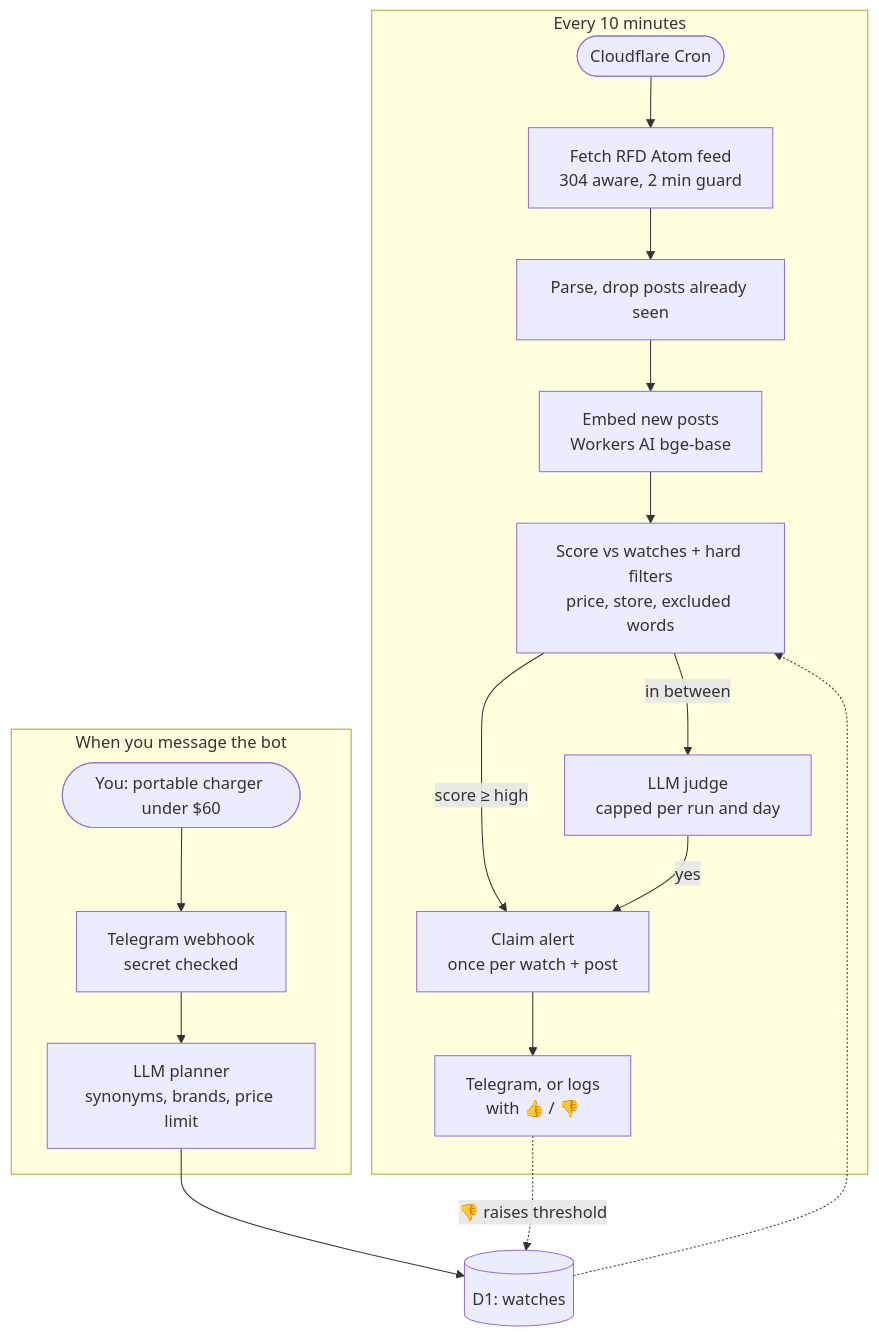
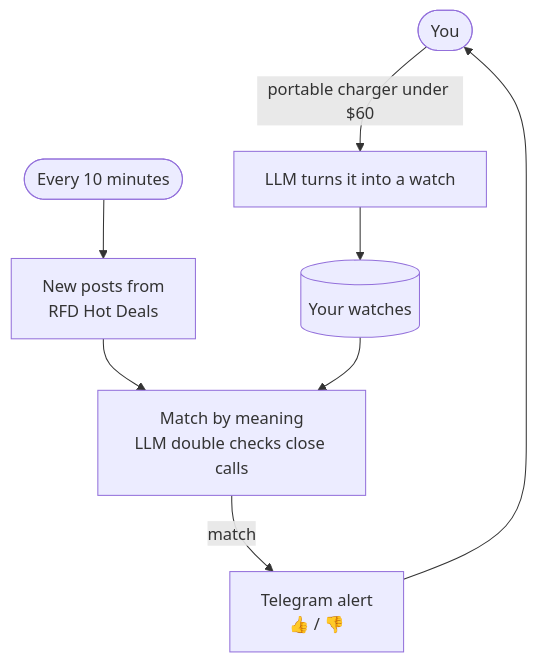
One commit to Sajeevan2006/deal-scout changed the first of 2 diagrams in README.md. Above: the diagram before and after it, drawn with Mermaid. The commit also changed other lines of this file and 1 other file, not shown here.

Commit message:
Simplify README diagrams

````diff
--- a/README.md
+++ b/README.md
@@ -26,22 +26,10 @@
 ```mermaid
 flowchart TD
-  subgraph check["Every 10 minutes"]
-    cron(["Cloudflare Cron"]) --> fetch["Fetch RFD Atom feed<br/>304 aware, 2 min guard"]
-    fetch --> parse["Parse, drop posts already seen"]
-    parse --> embed["Embed new posts<br/>Workers AI bge-base"]
-    embed --> score["Score vs watches + hard filters<br/>price, store, excluded words"]
-    score -->|"score ≥ high"| alert["Claim alert<br/>once per watch + post"]
-    score -->|"in between"| judge["LLM judge<br/>capped per run and day"]
-    judge -->|yes| alert
-    alert --> notify["Telegram, or logs<br/>with 👍 / 👎"]
-  end
-
-  subgraph ask["When you message the bot"]
-    you(["You: portable charger under $60"]) --> hook["Telegram webhook<br/>secret checked"]
-    hook --> planner["LLM planner<br/>synonyms, brands, price limit"]
-  end
-
-  planner --> watches[("D1: watches")]
-  watches -.-> score
-  notify -.->|"👎 raises threshold"| watches
+  you(["You"]) -->|"portable charger under $60"| planner["LLM turns it into a watch"]
+  planner --> watches[("Your watches")]
+  cron(["Every 10 minutes"]) --> feed["New posts from<br/>RFD Hot Deals"]
+  feed --> match["Match by meaning<br/>LLM double checks close calls"]
+  watches --> match
+  match -->|"match"| alert["Telegram alert<br/>👍 / 👎"]
+  alert --> you
 ```
````
